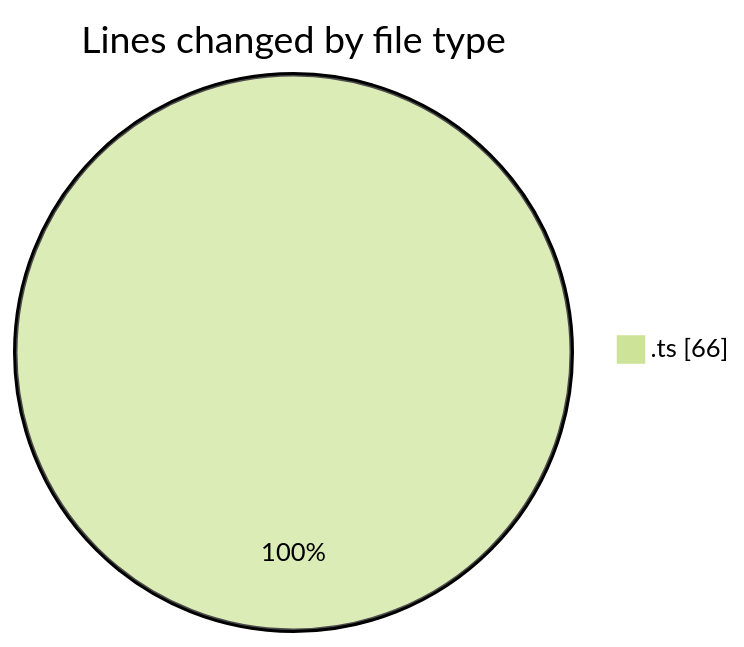
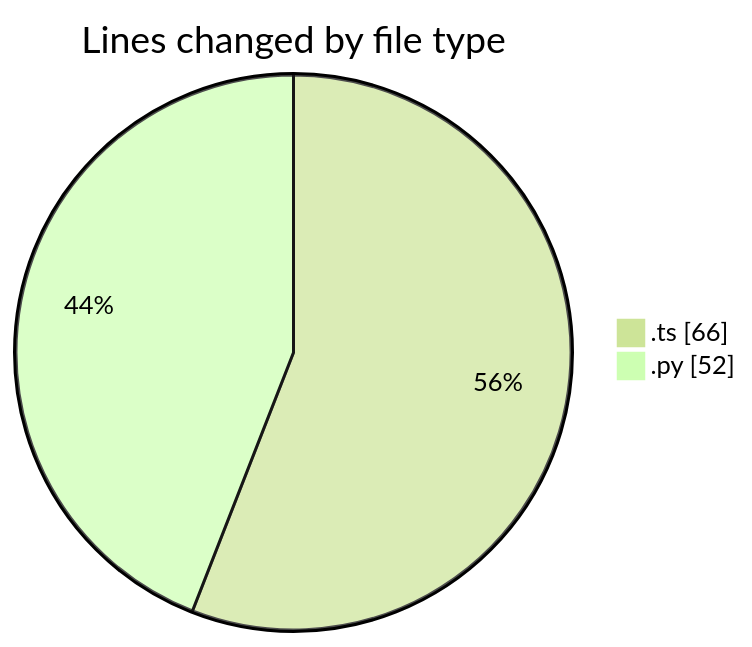
One commit to Elitesun/code-tracking changed the first of 2 diagrams in 2025-05-19/niten/README.md. Above: the diagram before and after it, drawn with Mermaid (forest theme). The commit also changed other lines of this file and 1 other file, not shown here.

````diff
--- a/2025-05-19/niten/README.md
+++ b/2025-05-19/niten/README.md
@@ -20,5 +21,6 @@
 ```mermaid
 pie showData
 title Lines changed by file type
 ".ts" : 66
+".py" : 52
 ```
````
